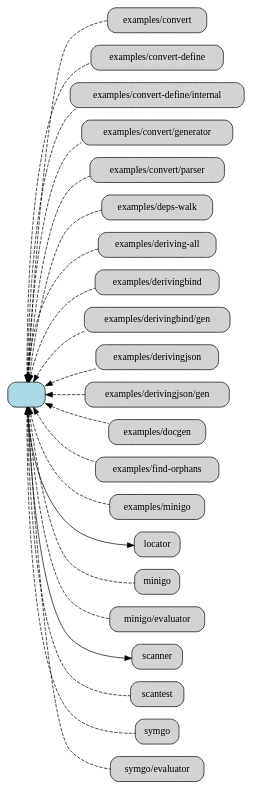
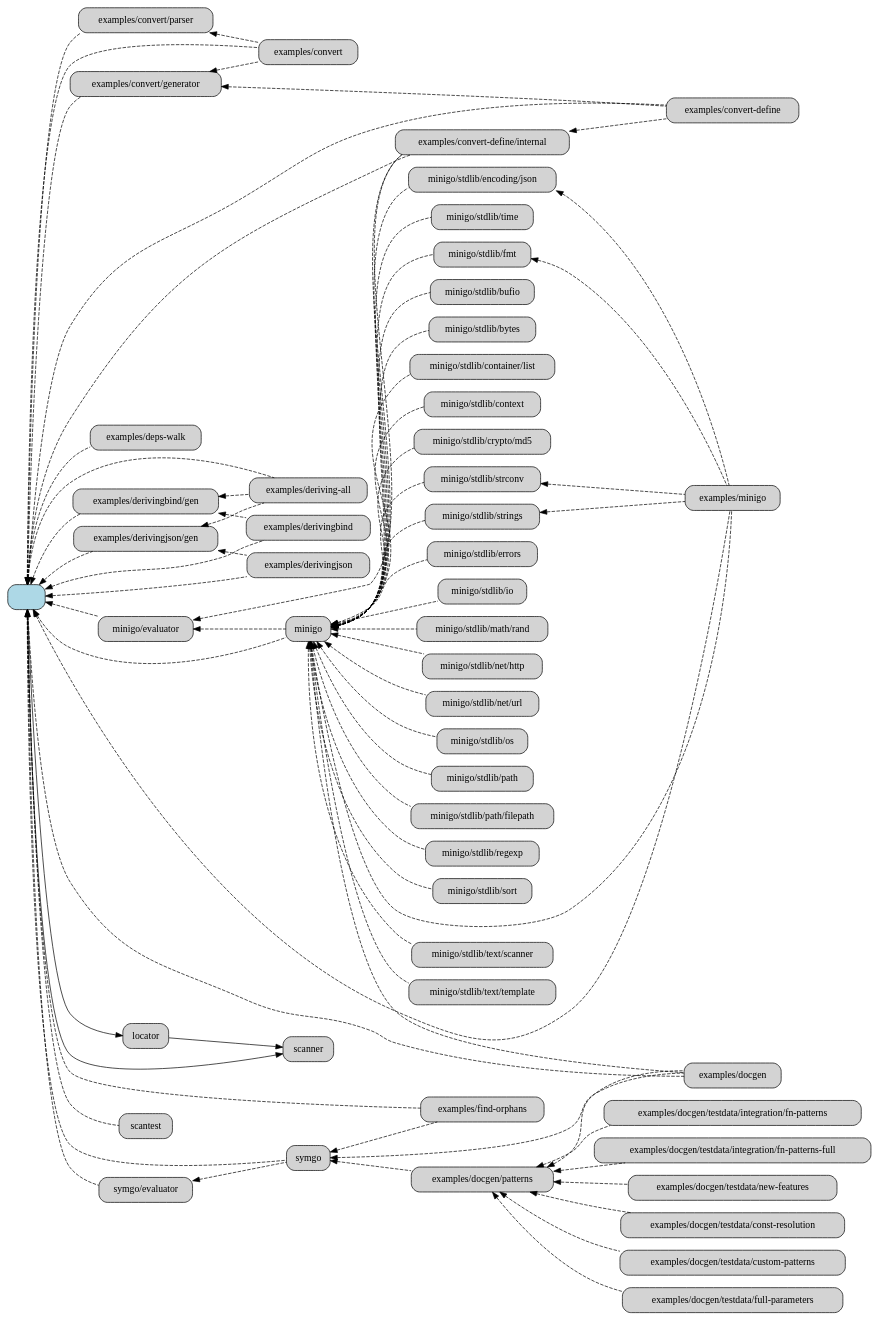
The diagram in examples/deps-walk/docs/goscan-bidi.dot (podhmo/go-scan), drawn with Graphviz before and after one commit. The commit also changed 3 other files, not shown here.

```diff
--- a/examples/deps-walk/docs/goscan-bidi.dot
+++ b/examples/deps-walk/docs/goscan-bidi.dot
@@ -1,48 +1,128 @@
 digraph dependencies {
   rankdir="LR";
   node [shape=box, style="rounded,filled", fillcolor=lightgrey];
   "github.com/podhmo/go-scan" [label="", shape=box, style="rounded,filled", fillcolor=lightblue];
   "github.com/podhmo/go-scan/examples/convert" [label="examples/convert"];
   "github.com/podhmo/go-scan/examples/convert-define" [label="examples/convert-define"];
   "github.com/podhmo/go-scan/examples/convert-define/internal" [label="examples/convert-define/internal"];
   "github.com/podhmo/go-scan/examples/convert/generator" [label="examples/convert/generator"];
   "github.com/podhmo/go-scan/examples/convert/parser" [label="examples/convert/parser"];
   "github.com/podhmo/go-scan/examples/deps-walk" [label="examples/deps-walk"];
   "github.com/podhmo/go-scan/examples/deriving-all" [label="examples/deriving-all"];
   "github.com/podhmo/go-scan/examples/derivingbind" [label="examples/derivingbind"];
   "github.com/podhmo/go-scan/examples/derivingbind/gen" [label="examples/derivingbind/gen"];
   "github.com/podhmo/go-scan/examples/derivingjson" [label="examples/derivingjson"];
   "github.com/podhmo/go-scan/examples/derivingjson/gen" [label="examples/derivingjson/gen"];
   "github.com/podhmo/go-scan/examples/docgen" [label="examples/docgen"];
+  "github.com/podhmo/go-scan/examples/docgen/patterns" [label="examples/docgen/patterns"];
+  "github.com/podhmo/go-scan/examples/docgen/testdata/const-resolution" [label="examples/docgen/testdata/const-resolution"];
+  "github.com/podhmo/go-scan/examples/docgen/testdata/custom-patterns" [label="examples/docgen/testdata/custom-patterns"];
+  "github.com/podhmo/go-scan/examples/docgen/testdata/full-parameters" [label="examples/docgen/testdata/full-parameters"];
+  "github.com/podhmo/go-scan/examples/docgen/testdata/integration/fn-patterns" [label="examples/docgen/testdata/integration/fn-patterns"];
+  "github.com/podhmo/go-scan/examples/docgen/testdata/integration/fn-patterns-full" [label="examples/docgen/testdata/integration/fn-patterns-full"];
+  "github.com/podhmo/go-scan/examples/docgen/testdata/new-features" [label="examples/docgen/testdata/new-features"];
   "github.com/podhmo/go-scan/examples/find-orphans" [label="examples/find-orphans"];
   "github.com/podhmo/go-scan/examples/minigo" [label="examples/minigo"];
   "github.com/podhmo/go-scan/locator" [label="locator"];
   "github.com/podhmo/go-scan/minigo" [label="minigo"];
   "github.com/podhmo/go-scan/minigo/evaluator" [label="minigo/evaluator"];
+  "github.com/podhmo/go-scan/minigo/stdlib/bufio" [label="minigo/stdlib/bufio"];
+  "github.com/podhmo/go-scan/minigo/stdlib/bytes" [label="minigo/stdlib/bytes"];
+  "github.com/podhmo/go-scan/minigo/stdlib/container/list" [label="minigo/stdlib/container/list"];
+  "github.com/podhmo/go-scan/minigo/stdlib/context" [label="minigo/stdlib/context"];
+  "github.com/podhmo/go-scan/minigo/stdlib/crypto/md5" [label="minigo/stdlib/crypto/md5"];
+  "github.com/podhmo/go-scan/minigo/stdlib/encoding/json" [label="minigo/stdlib/encoding/json"];
+  "github.com/podhmo/go-scan/minigo/stdlib/errors" [label="minigo/stdlib/errors"];
+  "github.com/podhmo/go-scan/minigo/stdlib/fmt" [label="minigo/stdlib/fmt"];
+  "github.com/podhmo/go-scan/minigo/stdlib/io" [label="minigo/stdlib/io"];
+  "github.com/podhmo/go-scan/minigo/stdlib/math/rand" [label="minigo/stdlib/math/rand"];
+  "github.com/podhmo/go-scan/minigo/stdlib/net/http" [label="minigo/stdlib/net/http"];
+  "github.com/podhmo/go-scan/minigo/stdlib/net/url" [label="minigo/stdlib/net/url"];
+  "github.com/podhmo/go-scan/minigo/stdlib/os" [label="minigo/stdlib/os"];
+  "github.com/podhmo/go-scan/minigo/stdlib/path" [label="minigo/stdlib/path"];
+  "github.com/podhmo/go-scan/minigo/stdlib/path/filepath" [label="minigo/stdlib/path/filepath"];
+  "github.com/podhmo/go-scan/minigo/stdlib/regexp" [label="minigo/stdlib/regexp"];
+  "github.com/podhmo/go-scan/minigo/stdlib/sort" [label="minigo/stdlib/sort"];
+  "github.com/podhmo/go-scan/minigo/stdlib/strconv" [label="minigo/stdlib/strconv"];
+  "github.com/podhmo/go-scan/minigo/stdlib/strings" [label="minigo/stdlib/strings"];
+  "github.com/podhmo/go-scan/minigo/stdlib/text/scanner" [label="minigo/stdlib/text/scanner"];
+  "github.com/podhmo/go-scan/minigo/stdlib/text/template" [label="minigo/stdlib/text/template"];
+  "github.com/podhmo/go-scan/minigo/stdlib/time" [label="minigo/stdlib/time"];
   "github.com/podhmo/go-scan/scanner" [label="scanner"];
   "github.com/podhmo/go-scan/scantest" [label="scantest"];
   "github.com/podhmo/go-scan/symgo" [label="symgo"];
   "github.com/podhmo/go-scan/symgo/evaluator" [label="symgo/evaluator"];
 
   "github.com/podhmo/go-scan" -> "github.com/podhmo/go-scan/locator";
   "github.com/podhmo/go-scan" -> "github.com/podhmo/go-scan/scanner";
+  "github.com/podhmo/go-scan/locator" -> "github.com/podhmo/go-scan/scanner";
   "github.com/podhmo/go-scan" -> "github.com/podhmo/go-scan/examples/convert" [dir=back, style=dashed];
+  "github.com/podhmo/go-scan/examples/convert/generator" -> "github.com/podhmo/go-scan/examples/convert" [dir=back, style=dashed];
+  "github.com/podhmo/go-scan/examples/convert/parser" -> "github.com/podhmo/go-scan/examples/convert" [dir=back, style=dashed];
   "github.com/podhmo/go-scan" -> "github.com/podhmo/go-scan/examples/convert-define" [dir=back, style=dashed];
+  "github.com/podhmo/go-scan/examples/convert-define/internal" -> "github.com/podhmo/go-scan/examples/convert-define" [dir=back, style=dashed];
+  "github.com/podhmo/go-scan/examples/convert/generator" -> "github.com/podhmo/go-scan/examples/convert-define" [dir=back, style=dashed];
   "github.com/podhmo/go-scan" -> "github.com/podhmo/go-scan/examples/convert-define/internal" [dir=back, style=dashed];
+  "github.com/podhmo/go-scan/minigo" -> "github.com/podhmo/go-scan/examples/convert-define/internal" [dir=back, style=dashed];
+  "github.com/podhmo/go-scan/minigo/evaluator" -> "github.com/podhmo/go-scan/examples/convert-define/internal" [dir=back, style=dashed];
   "github.com/podhmo/go-scan" -> "github.com/podhmo/go-scan/examples/convert/generator" [dir=back, style=dashed];
   "github.com/podhmo/go-scan" -> "github.com/podhmo/go-scan/examples/convert/parser" [dir=back, style=dashed];
   "github.com/podhmo/go-scan" -> "github.com/podhmo/go-scan/examples/deps-walk" [dir=back, style=dashed];
   "github.com/podhmo/go-scan" -> "github.com/podhmo/go-scan/examples/deriving-all" [dir=back, style=dashed];
+  "github.com/podhmo/go-scan/examples/derivingbind/gen" -> "github.com/podhmo/go-scan/examples/deriving-all" [dir=back, style=dashed];
+  "github.com/podhmo/go-scan/examples/derivingjson/gen" -> "github.com/podhmo/go-scan/examples/deriving-all" [dir=back, style=dashed];
   "github.com/podhmo/go-scan" -> "github.com/podhmo/go-scan/examples/derivingbind" [dir=back, style=dashed];
+  "github.com/podhmo/go-scan/examples/derivingbind/gen" -> "github.com/podhmo/go-scan/examples/derivingbind" [dir=back, style=dashed];
   "github.com/podhmo/go-scan" -> "github.com/podhmo/go-scan/examples/derivingbind/gen" [dir=back, style=dashed];
   "github.com/podhmo/go-scan" -> "github.com/podhmo/go-scan/examples/derivingjson" [dir=back, style=dashed];
+  "github.com/podhmo/go-scan/examples/derivingjson/gen" -> "github.com/podhmo/go-scan/examples/derivingjson" [dir=back, style=dashed];
   "github.com/podhmo/go-scan" -> "github.com/podhmo/go-scan/examples/derivingjson/gen" [dir=back, style=dashed];
   "github.com/podhmo/go-scan" -> "github.com/podhmo/go-scan/examples/docgen" [dir=back, style=dashed];
+  "github.com/podhmo/go-scan/examples/docgen/patterns" -> "github.com/podhmo/go-scan/examples/docgen" [dir=back, style=dashed];
+  "github.com/podhmo/go-scan/minigo" -> "github.com/podhmo/go-scan/examples/docgen" [dir=back, style=dashed];
+  "github.com/podhmo/go-scan/symgo" -> "github.com/podhmo/go-scan/examples/docgen" [dir=back, style=dashed];
+  "github.com/podhmo/go-scan/symgo" -> "github.com/podhmo/go-scan/examples/docgen/patterns" [dir=back, style=dashed];
+  "github.com/podhmo/go-scan/examples/docgen/patterns" -> "github.com/podhmo/go-scan/examples/docgen/testdata/const-resolution" [dir=back, style=dashed];
+  "github.com/podhmo/go-scan/examples/docgen/patterns" -> "github.com/podhmo/go-scan/examples/docgen/testdata/custom-patterns" [dir=back, style=dashed];
+  "github.com/podhmo/go-scan/examples/docgen/patterns" -> "github.com/podhmo/go-scan/examples/docgen/testdata/full-parameters" [dir=back, style=dashed];
+  "github.com/podhmo/go-scan/examples/docgen/patterns" -> "github.com/podhmo/go-scan/examples/docgen/testdata/integration/fn-patterns" [dir=back, style=dashed];
+  "github.com/podhmo/go-scan/examples/docgen/patterns" -> "github.com/podhmo/go-scan/examples/docgen/testdata/integration/fn-patterns-full" [dir=back, style=dashed];
+  "github.com/podhmo/go-scan/examples/docgen/patterns" -> "github.com/podhmo/go-scan/examples/docgen/testdata/new-features" [dir=back, style=dashed];
   "github.com/podhmo/go-scan" -> "github.com/podhmo/go-scan/examples/find-orphans" [dir=back, style=dashed];
+  "github.com/podhmo/go-scan/symgo" -> "github.com/podhmo/go-scan/examples/find-orphans" [dir=back, style=dashed];
   "github.com/podhmo/go-scan" -> "github.com/podhmo/go-scan/examples/minigo" [dir=back, style=dashed];
+  "github.com/podhmo/go-scan/minigo" -> "github.com/podhmo/go-scan/examples/minigo" [dir=back, style=dashed];
+  "github.com/podhmo/go-scan/minigo/stdlib/encoding/json" -> "github.com/podhmo/go-scan/examples/minigo" [dir=back, style=dashed];
+  "github.com/podhmo/go-scan/minigo/stdlib/fmt" -> "github.com/podhmo/go-scan/examples/minigo" [dir=back, style=dashed];
+  "github.com/podhmo/go-scan/minigo/stdlib/strconv" -> "github.com/podhmo/go-scan/examples/minigo" [dir=back, style=dashed];
+  "github.com/podhmo/go-scan/minigo/stdlib/strings" -> "github.com/podhmo/go-scan/examples/minigo" [dir=back, style=dashed];
   "github.com/podhmo/go-scan" -> "github.com/podhmo/go-scan/minigo" [dir=back, style=dashed];
+  "github.com/podhmo/go-scan/minigo/evaluator" -> "github.com/podhmo/go-scan/minigo" [dir=back, style=dashed];
   "github.com/podhmo/go-scan" -> "github.com/podhmo/go-scan/minigo/evaluator" [dir=back, style=dashed];
+  "github.com/podhmo/go-scan/minigo" -> "github.com/podhmo/go-scan/minigo/stdlib/bufio" [dir=back, style=dashed];
+  "github.com/podhmo/go-scan/minigo" -> "github.com/podhmo/go-scan/minigo/stdlib/bytes" [dir=back, style=dashed];
+  "github.com/podhmo/go-scan/minigo" -> "github.com/podhmo/go-scan/minigo/stdlib/container/list" [dir=back, style=dashed];
+  "github.com/podhmo/go-scan/minigo" -> "github.com/podhmo/go-scan/minigo/stdlib/context" [dir=back, style=dashed];
+  "github.com/podhmo/go-scan/minigo" -> "github.com/podhmo/go-scan/minigo/stdlib/crypto/md5" [dir=back, style=dashed];
+  "github.com/podhmo/go-scan/minigo" -> "github.com/podhmo/go-scan/minigo/stdlib/encoding/json" [dir=back, style=dashed];
+  "github.com/podhmo/go-scan/minigo" -> "github.com/podhmo/go-scan/minigo/stdlib/errors" [dir=back, style=dashed];
+  "github.com/podhmo/go-scan/minigo" -> "github.com/podhmo/go-scan/minigo/stdlib/fmt" [dir=back, style=dashed];
+  "github.com/podhmo/go-scan/minigo" -> "github.com/podhmo/go-scan/minigo/stdlib/io" [dir=back, style=dashed];
+  "github.com/podhmo/go-scan/minigo" -> "github.com/podhmo/go-scan/minigo/stdlib/math/rand" [dir=back, style=dashed];
+  "github.com/podhmo/go-scan/minigo" -> "github.com/podhmo/go-scan/minigo/stdlib/net/http" [dir=back, style=dashed];
+  "github.com/podhmo/go-scan/minigo" -> "github.com/podhmo/go-scan/minigo/stdlib/net/url" [dir=back, style=dashed];
+  "github.com/podhmo/go-scan/minigo" -> "github.com/podhmo/go-scan/minigo/stdlib/os" [dir=back, style=dashed];
+  "github.com/podhmo/go-scan/minigo" -> "github.com/podhmo/go-scan/minigo/stdlib/path" [dir=back, style=dashed];
+  "github.com/podhmo/go-scan/minigo" -> "github.com/podhmo/go-scan/minigo/stdlib/path/filepath" [dir=back, style=dashed];
+  "github.com/podhmo/go-scan/minigo" -> "github.com/podhmo/go-scan/minigo/stdlib/regexp" [dir=back, style=dashed];
+  "github.com/podhmo/go-scan/minigo" -> "github.com/podhmo/go-scan/minigo/stdlib/sort" [dir=back, style=dashed];
+  "github.com/podhmo/go-scan/minigo" -> "github.com/podhmo/go-scan/minigo/stdlib/strconv" [dir=back, style=dashed];
+  "github.com/podhmo/go-scan/minigo" -> "github.com/podhmo/go-scan/minigo/stdlib/strings" [dir=back, style=dashed];
+  "github.com/podhmo/go-scan/minigo" -> "github.com/podhmo/go-scan/minigo/stdlib/text/scanner" [dir=back, style=dashed];
+  "github.com/podhmo/go-scan/minigo" -> "github.com/podhmo/go-scan/minigo/stdlib/text/template" [dir=back, style=dashed];
+  "github.com/podhmo/go-scan/minigo" -> "github.com/podhmo/go-scan/minigo/stdlib/time" [dir=back, style=dashed];
   "github.com/podhmo/go-scan" -> "github.com/podhmo/go-scan/scantest" [dir=back, style=dashed];
   "github.com/podhmo/go-scan" -> "github.com/podhmo/go-scan/symgo" [dir=back, style=dashed];
+  "github.com/podhmo/go-scan/symgo/evaluator" -> "github.com/podhmo/go-scan/symgo" [dir=back, style=dashed];
   "github.com/podhmo/go-scan" -> "github.com/podhmo/go-scan/symgo/evaluator" [dir=back, style=dashed];
 }
```
